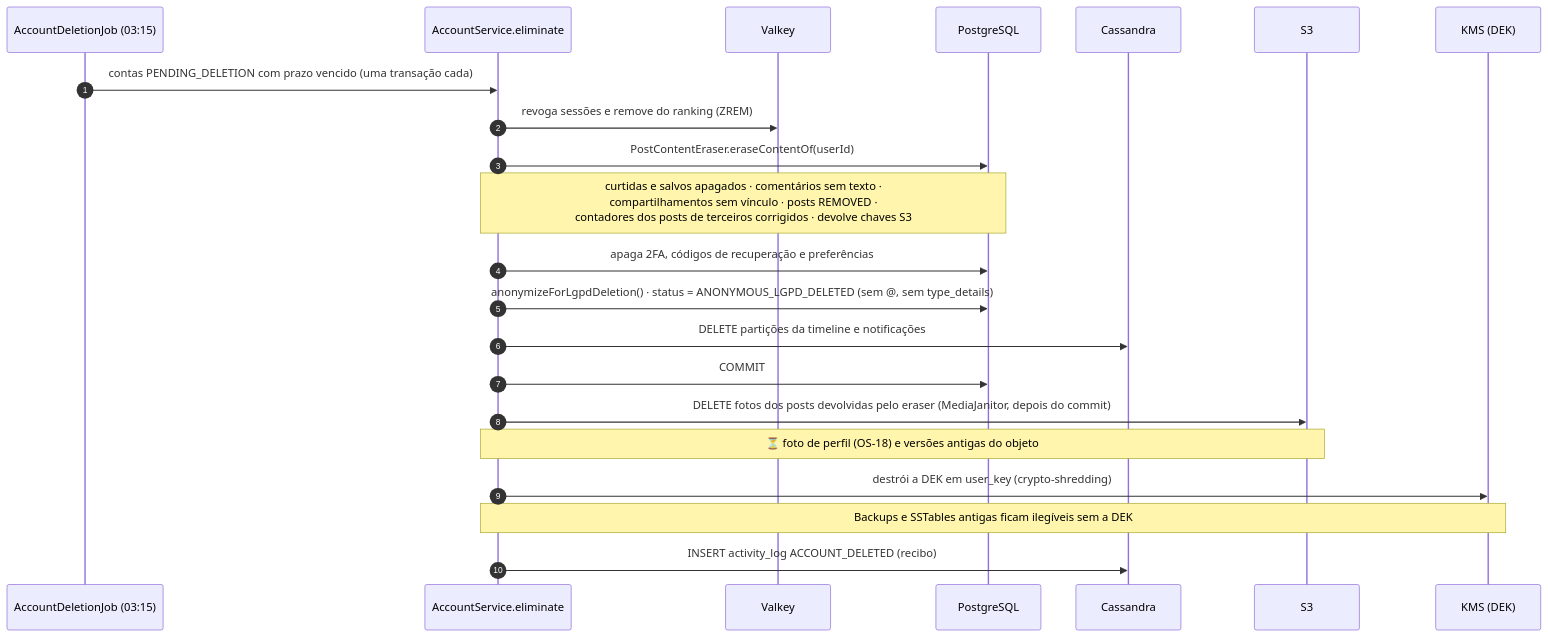
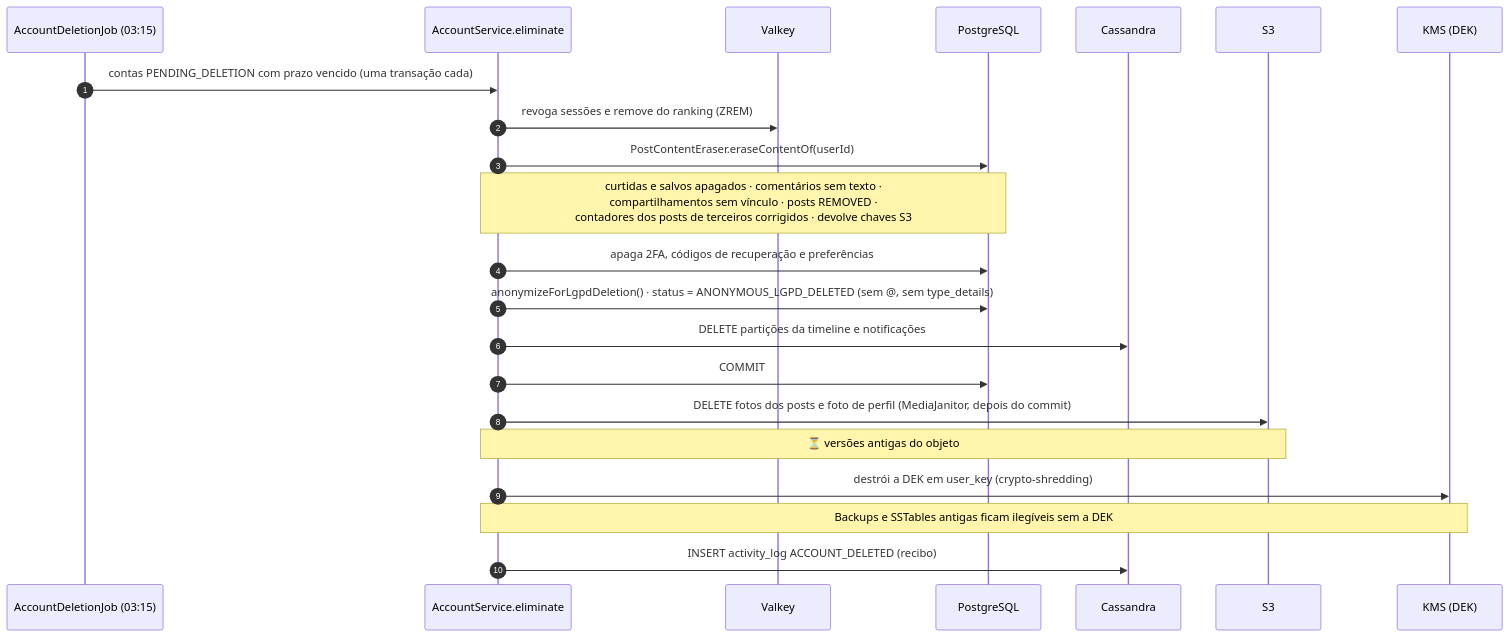
The third of 4 diagrams in docs/rf/RF23-direitos-titular-lgpd.md (MatheusHaliski/orange_social_velion), drawn with Mermaid before and after one commit. The commit also changed other lines of this file and 25 other files, not shown here.

First line of the commit message:
Foto de perfil por URL pré-assinada e regras do bucket em dev (RF2 · OS-18)

````diff
--- a/docs/rf/RF23-direitos-titular-lgpd.md
+++ b/docs/rf/RF23-direitos-titular-lgpd.md
@@ -106,25 +106,25 @@
 ```mermaid
 sequenceDiagram
     autonumber
     participant JOB as AccountDeletionJob (03:15)
     participant SG as AccountService.eliminate
     participant VK as Valkey
     participant PG as PostgreSQL
     participant CS as Cassandra
     participant S3 as S3
     participant KMS as KMS (DEK)
 
     JOB->>SG: contas PENDING_DELETION com prazo vencido (uma transação cada)
     SG->>VK: revoga sessões e remove do ranking (ZREM)
     SG->>PG: PostContentEraser.eraseContentOf(userId)
     Note over SG,PG: curtidas e salvos apagados · comentários sem texto ·<br/>compartilhamentos sem vínculo · posts REMOVED ·<br/>contadores dos posts de terceiros corrigidos · devolve chaves S3
     SG->>PG: apaga 2FA, códigos de recuperação e preferências
     SG->>PG: anonymizeForLgpdDeletion() · status = ANONYMOUS_LGPD_DELETED (sem @, sem type_details)
     SG->>CS: DELETE partições da timeline e notificações
     SG->>PG: COMMIT
-    SG->>S3: DELETE fotos dos posts devolvidas pelo eraser (MediaJanitor, depois do commit)
-    Note over SG,S3: ⏳ foto de perfil (OS-18) e versões antigas do objeto
+    SG->>S3: DELETE fotos dos posts e foto de perfil (MediaJanitor, depois do commit)
+    Note over SG,S3: ⏳ versões antigas do objeto
     SG->>KMS: destrói a DEK em user_key (crypto-shredding)
     Note over SG,KMS: Backups e SSTables antigas ficam ilegíveis sem a DEK
     SG->>CS: INSERT activity_log ACCOUNT_DELETED (recibo)
 ```
````
